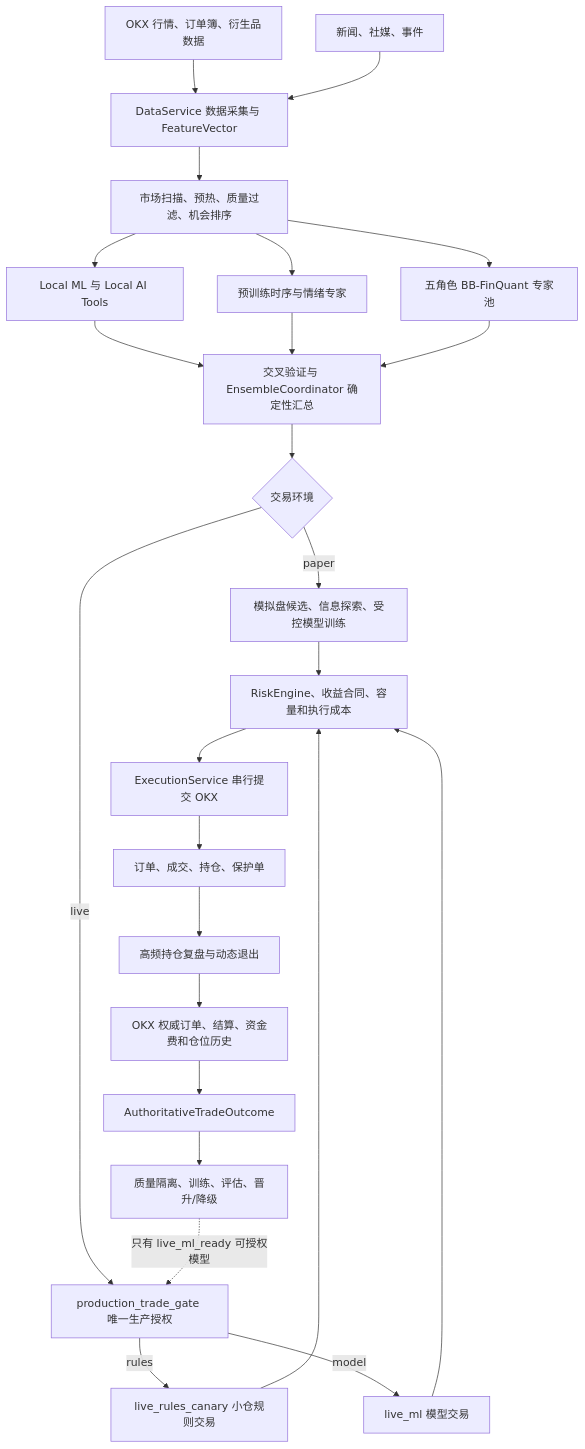
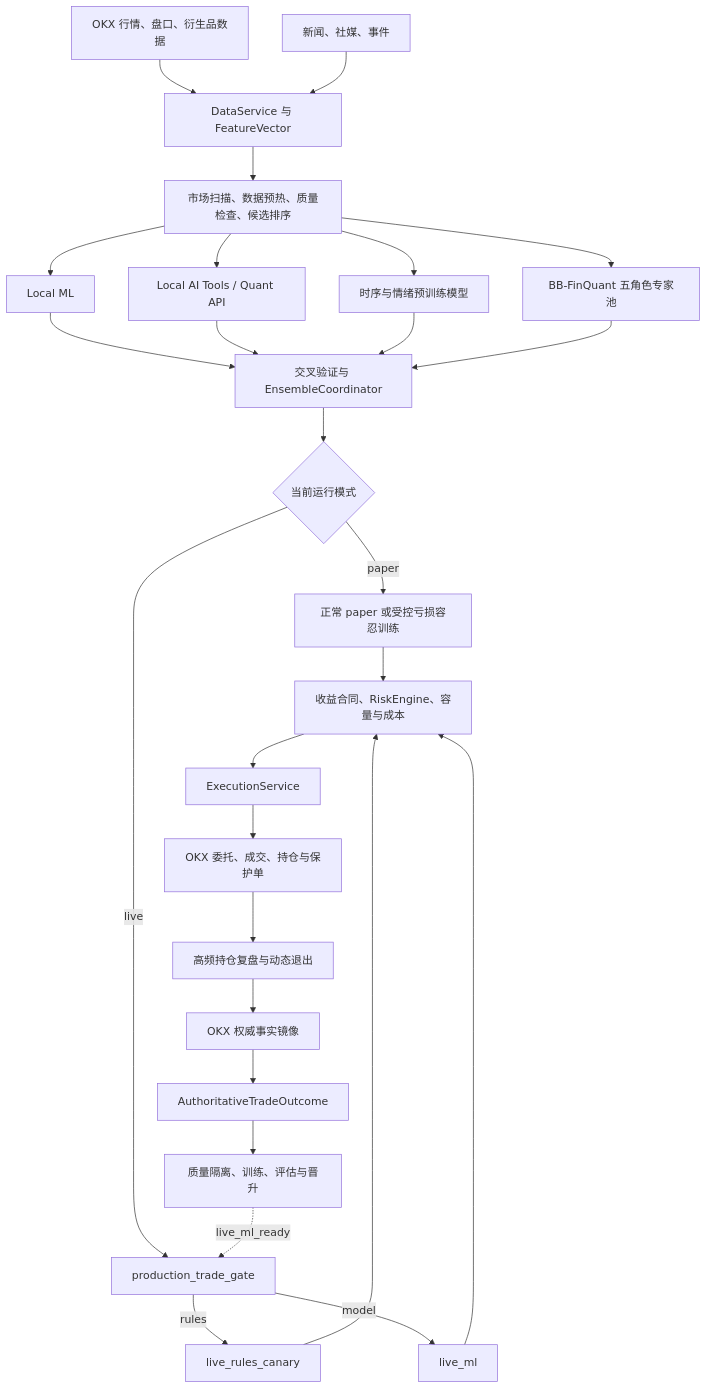
The first of 5 diagrams in docs/system_business_logic_tech_stack_models_2026-07-26.md (xyuun188/bb), drawn with Mermaid before and after one commit. The commit also changed other lines of this file, not shown here.

````diff
--- a/docs/system_business_logic_tech_stack_models_2026-07-26.md
+++ b/docs/system_business_logic_tech_stack_models_2026-07-26.md
@@ -34,27 +117,29 @@
 ```mermaid
 flowchart TD
-    A["OKX 行情、订单簿、衍生品数据"] --> B["DataService 数据采集与 FeatureVector"]
-    A2["新闻、社媒、事件"] --> B
-    B --> C["市场扫描、预热、质量过滤、机会排序"]
-    C --> D["Local ML 与 Local AI Tools"]
-    C --> E["预训练时序与情绪专家"]
-    C --> F["五角色 BB-FinQuant 专家池"]
-    D --> G["交叉验证与 EnsembleCoordinator 确定性汇总"]
-    E --> G
-    F --> G
-    G --> H{"交易环境"}
-    H -->|"paper"| I["模拟盘候选、信息探索、受控模型训练"]
-    H -->|"live"| J["production_trade_gate 唯一生产授权"]
-    J -->|"rules"| K["live_rules_canary 小仓规则交易"]
-    J -->|"model"| L["live_ml 模型交易"]
-    I --> M["RiskEngine、收益合同、容量和执行成本"]
-    K --> M
-    L --> M
-    M --> N["ExecutionService 串行提交 OKX"]
-    N --> O["订单、成交、持仓、保护单"]
-    O --> P["高频持仓复盘与动态退出"]
-    P --> Q["OKX 权威订单、结算、资金费和仓位历史"]
-    Q --> R["AuthoritativeTradeOutcome"]
-    R --> S["质量隔离、训练、评估、晋升/降级"]
-    S -. "只有 live_ml_ready 可授权模型" .-> J
+    A["OKX 行情、盘口、衍生品数据"] --> C["DataService 与 FeatureVector"]
+    B["新闻、社媒、事件"] --> C
+    C --> D["市场扫描、数据预热、质量检查、候选排序"]
+    D --> E["Local ML"]
+    D --> F["Local AI Tools / Quant API"]
+    D --> G["时序与情绪预训练模型"]
+    D --> H["BB-FinQuant 五角色专家池"]
+    E --> I["交叉验证与 EnsembleCoordinator"]
+    F --> I
+    G --> I
+    H --> I
+    I --> J{"当前运行模式"}
+    J -->|"paper"| K["正常 paper 或受控亏损容忍训练"]
+    J -->|"live"| L["production_trade_gate"]
+    L -->|"rules"| M["live_rules_canary"]
+    L -->|"model"| N["live_ml"]
+    K --> O["收益合同、RiskEngine、容量与成本"]
+    M --> O
+    N --> O
+    O --> P["ExecutionService"]
+    P --> Q["OKX 委托、成交、持仓与保护单"]
+    Q --> R["高频持仓复盘与动态退出"]
+    R --> S["OKX 权威事实镜像"]
+    S --> T["AuthoritativeTradeOutcome"]
+    T --> U["质量隔离、训练、评估与晋升"]
+    U -. "live_ml_ready" .-> L
 ```
````
